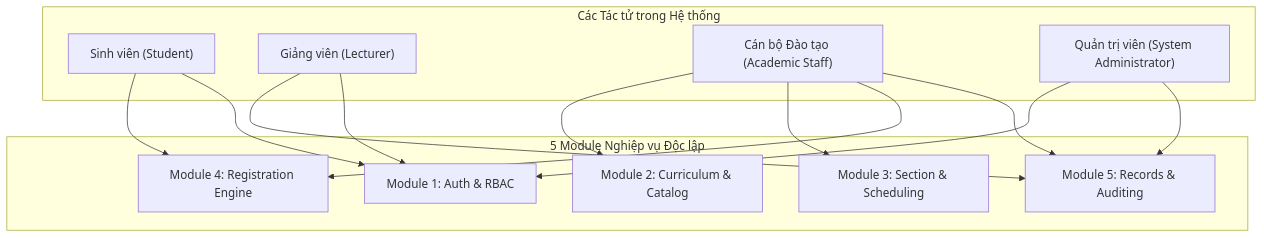
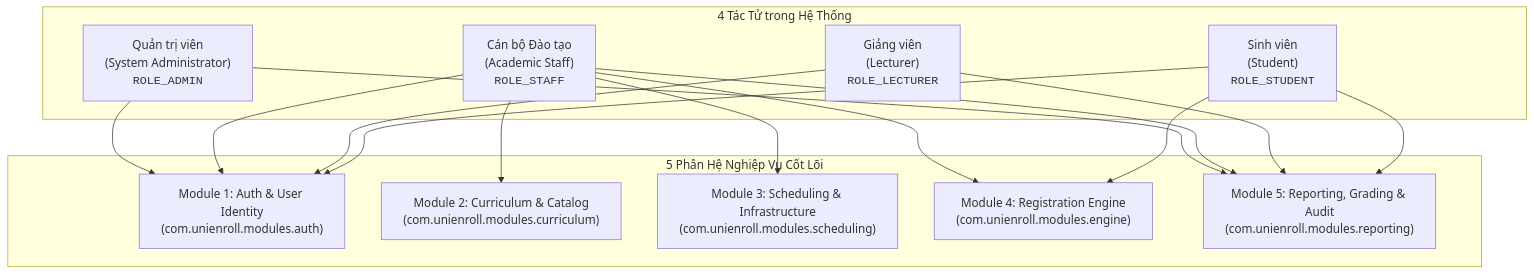
One commit to PrimeAlex-Dev/UniEnroll changed the diagram in README_USE_CASES.md. Above: the diagram before and after it, drawn with Mermaid. The commit also changed other lines of this file and 3 other files, not shown here.

````diff
--- a/README_USE_CASES.md
+++ b/README_USE_CASES.md
@@ -13,28 +13,30 @@
 ```mermaid
 flowchart TD
-    subgraph Actors [Các Tác tử trong Hệ thống]
-        STU["Sinh viên (Student)"]
-        LEC["Giảng viên (Lecturer)"]
-        STAFF["Cán bộ Đào tạo (Academic Staff)"]
-        ADMIN["Quản trị viên (System Administrator)"]
+    subgraph Actors [4 Tác Tử trong Hệ Thống]
+        ADMIN["Quản trị viên<br/>(System Administrator)<br/><code>ROLE_ADMIN</code>"]
+        STAFF["Cán bộ Đào tạo<br/>(Academic Staff)<br/><code>ROLE_STAFF</code>"]
+        LEC["Giảng viên<br/>(Lecturer)<br/><code>ROLE_LECTURER</code>"]
+        STU["Sinh viên<br/>(Student)<br/><code>ROLE_STUDENT</code>"]
     end
 
-    subgraph Modules [5 Module Nghiệp vụ Độc lập]
-        M1["Module 1: Auth & RBAC"]
-        M2["Module 2: Curriculum & Catalog"]
-        M3["Module 3: Section & Scheduling"]
-        M4["Module 4: Registration Engine"]
-        M5["Module 5: Records & Auditing"]
+    subgraph Modules [5 Phân Hệ Nghiệp Vụ Cốt Lõi]
+        M1["Module 1: Auth & User Identity<br/>(com.unienroll.modules.auth)"]
+        M2["Module 2: Curriculum & Catalog<br/>(com.unienroll.modules.curriculum)"]
+        M3["Module 3: Scheduling & Infrastructure<br/>(com.unienroll.modules.scheduling)"]
+        M4["Module 4: Registration Engine<br/>(com.unienroll.modules.engine)"]
+        M5["Module 5: Reporting, Grading & Audit<br/>(com.unienroll.modules.reporting)"]
     end
 
     ADMIN --> M1
     ADMIN --> M5
+    STAFF --> M1
     STAFF --> M2
     STAFF --> M3
     STAFF --> M4
     STAFF --> M5
+    LEC --> M1
+    LEC --> M5
+    STU --> M1
     STU --> M4
-    STU --> M1
-    LEC --> M5
-    LEC --> M1
+    STU --> M5
 ```
````
